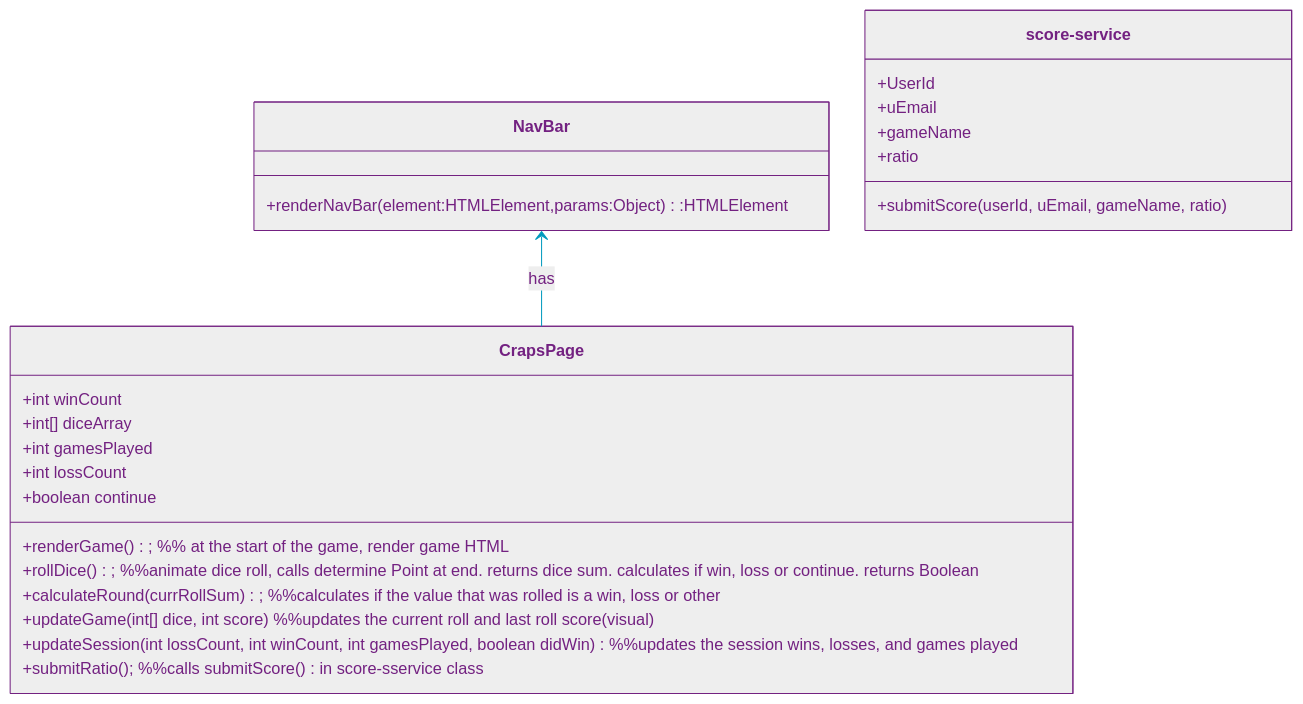
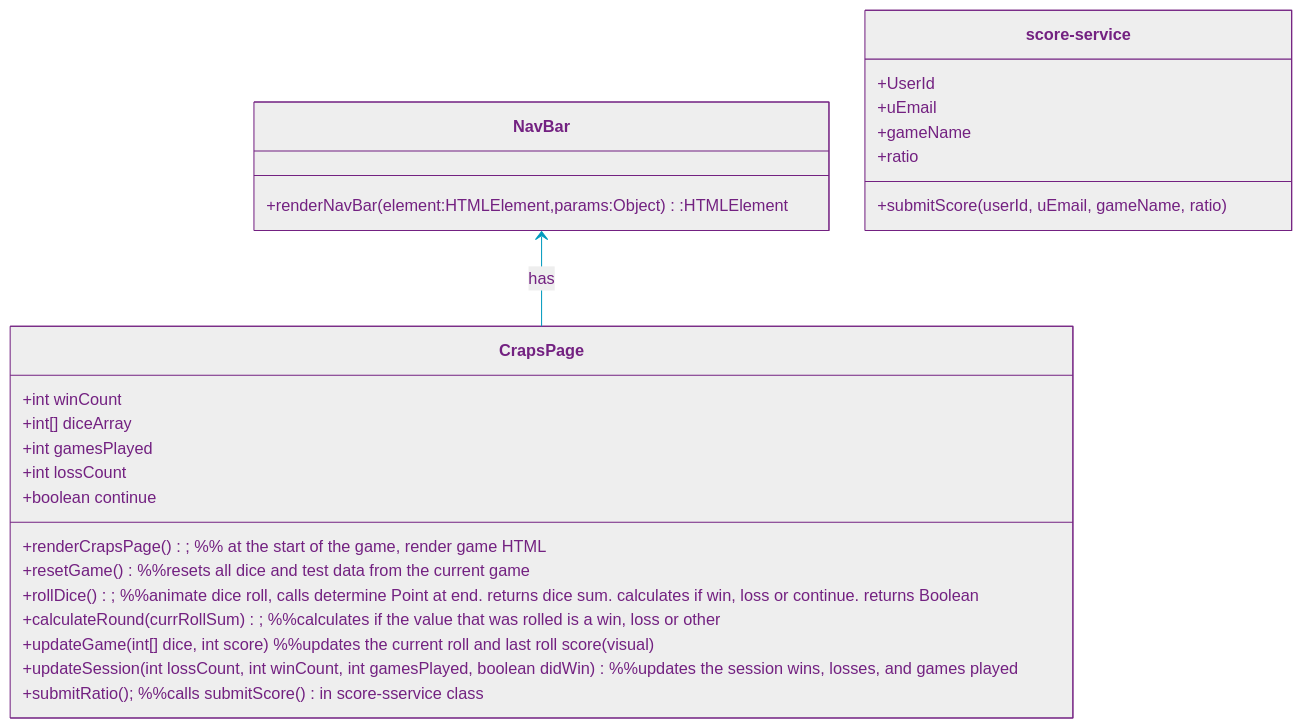
One commit to null-0ne/COSA-195-Gamehub changed the diagram in uml/icd.md. Above: the diagram before and after it, drawn with Mermaid.

Commit message:
ICD update

````diff
--- a/uml/icd.md
+++ b/uml/icd.md
@@ -3,61 +3,63 @@
 ```mermaid
 %%{init:{"securityLevel":"loose","layout":"elk","elk":{"nodePlacementStrategy":"NETWORK_SIMPLEX"},"theme":"base",
 "themeVariables":{"primaryColor":"#EEE","primaryTextColor":"#732181","primaryBorderColor":"#732181","lineColor":"#009ABE","noteBorderColor":"#732181","noteBkgColor":"#F38A00","activationBkgColor":"#F38A00"    }
 }}%%
 %%----------------------- MERMAID MARKUP BELOW --------------------%%
 classDiagram
 %%  direction LR
 
 
 
     class NavBar {
         +renderNavBar(element:HTMLElement,params:Object):HTMLElement
     }
 
     class CrapsPage{
         +int winCount
         +int[] diceArray
         +int gamesPlayed
         +int lossCount
         +boolean continue
 
-        +renderGame(); %% at the start of the game, render game HTML
+        +renderCrapsPage(); %% at the start of the game, render game HTML
+
+        +resetGame() %%resets all dice and test data from the current game
 
         +rollDice(); %%animate dice roll, calls determine Point at end. returns dice sum. calculates if win, loss or continue. returns Boolean
 
         +calculateRound(currRollSum); %%calculates if the value that was rolled is a win, loss or other
 
         +updateGame(int[] dice, int score) %%updates the current roll and last roll score (visual)
 
         +updateSession(int lossCount, int winCount, int gamesPlayed, boolean didWin) %%updates the session wins, losses, and games played
 
         +submitRatio(); %%calls submitScore() in score-sservice class
     }
 
     class score-service{
         +UserId
         +uEmail
         +gameName
         +ratio
 
         +submitScore(userId, uEmail, gameName, ratio)
 
 
     }
 
 
     
     
 
 
 
 
 
     %% Relationships
     NavBar <-- CrapsPage: has
 
 
 
 
 %%----------------------- MERMAID MARKUP ABOVE --------------------%%
 ```
````
